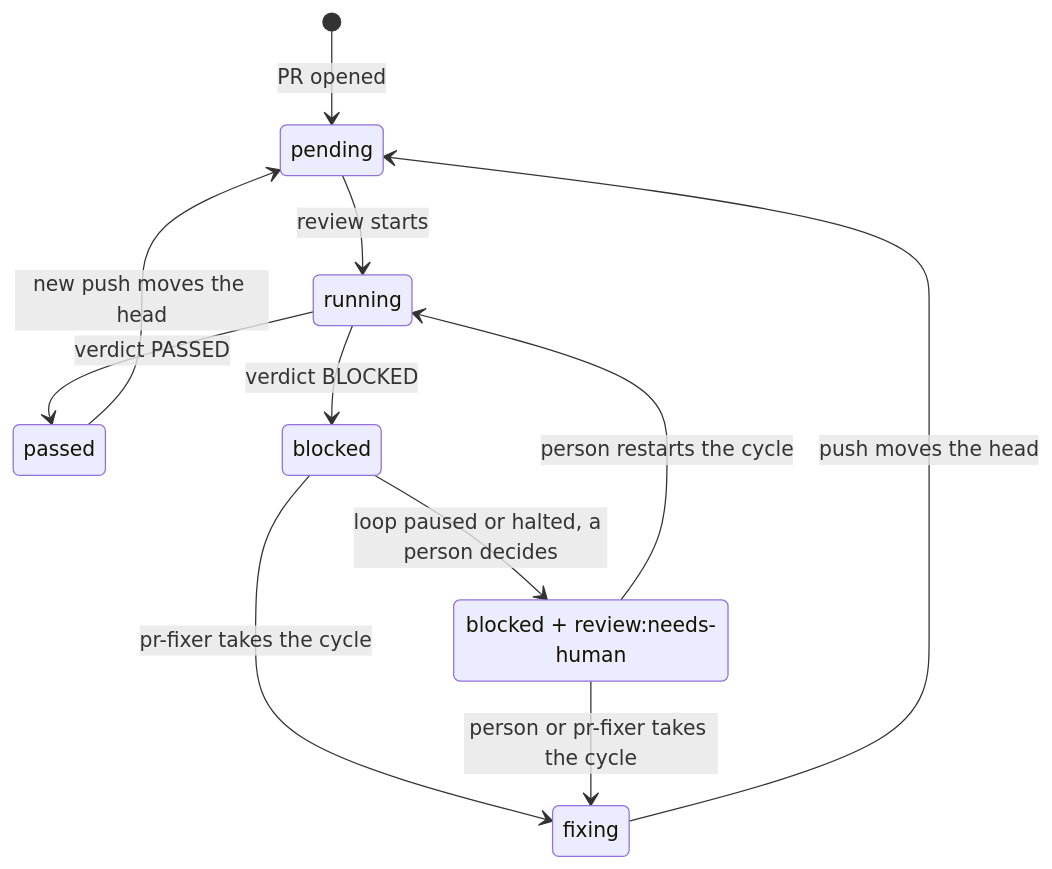
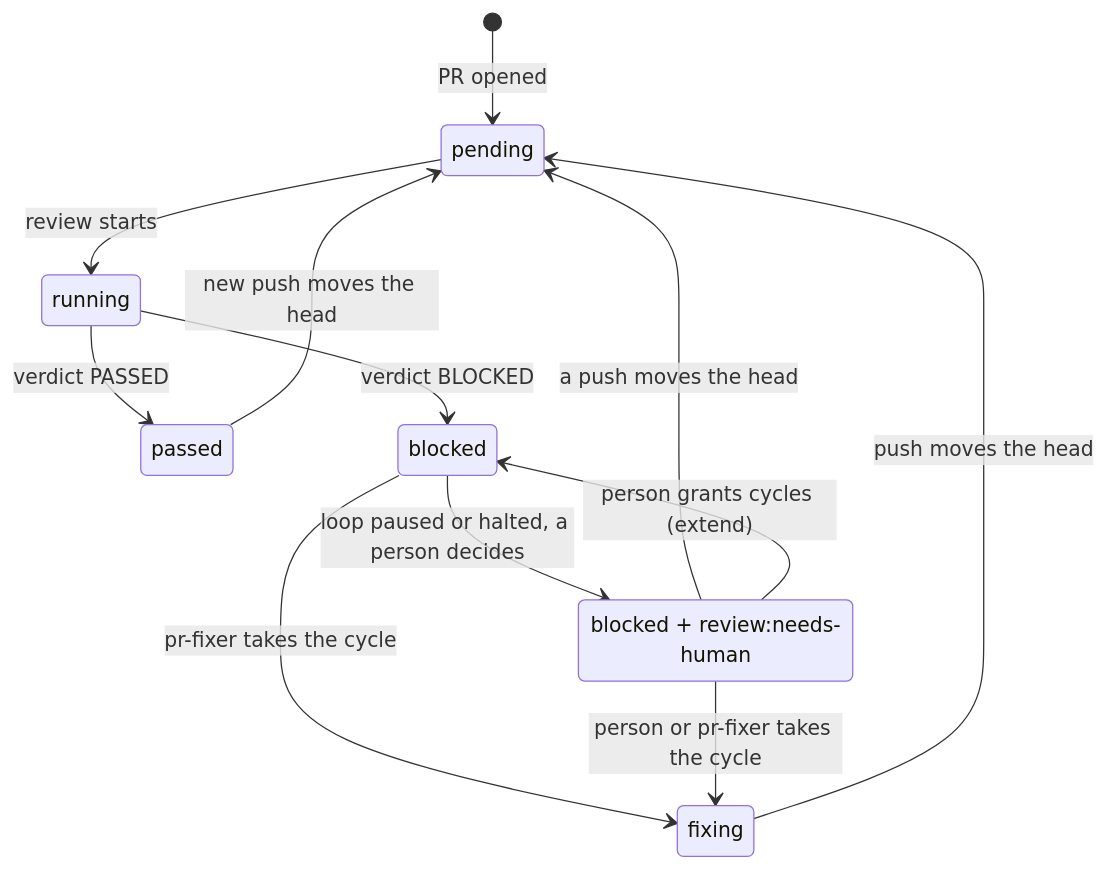
Before and after one commit to jonyfs/pr-reviewer-fixer: the diagram in docs/diagrams/03-label-states.mmd, drawn with Mermaid. The commit also changed 14 other files, not shown here.

```diff
--- a/docs/diagrams/03-label-states.mmd
+++ b/docs/diagrams/03-label-states.mmd
@@ -1,12 +1,13 @@
 stateDiagram-v2
     [*] --> pending: PR opened
     pending --> running: review starts
     running --> passed: verdict PASSED
     running --> blocked: verdict BLOCKED
     blocked --> fixing: pr-fixer takes the cycle
     fixing --> pending: push moves the head
     passed --> pending: new push moves the head
     blocked --> needs_human: loop paused or halted, a person decides
-    needs_human --> running: person restarts the cycle
+    needs_human --> pending: a push moves the head
+    needs_human --> blocked: person grants cycles (extend)
     needs_human --> fixing: person or pr-fixer takes the cycle
     state "blocked + review:needs-human" as needs_human
```
